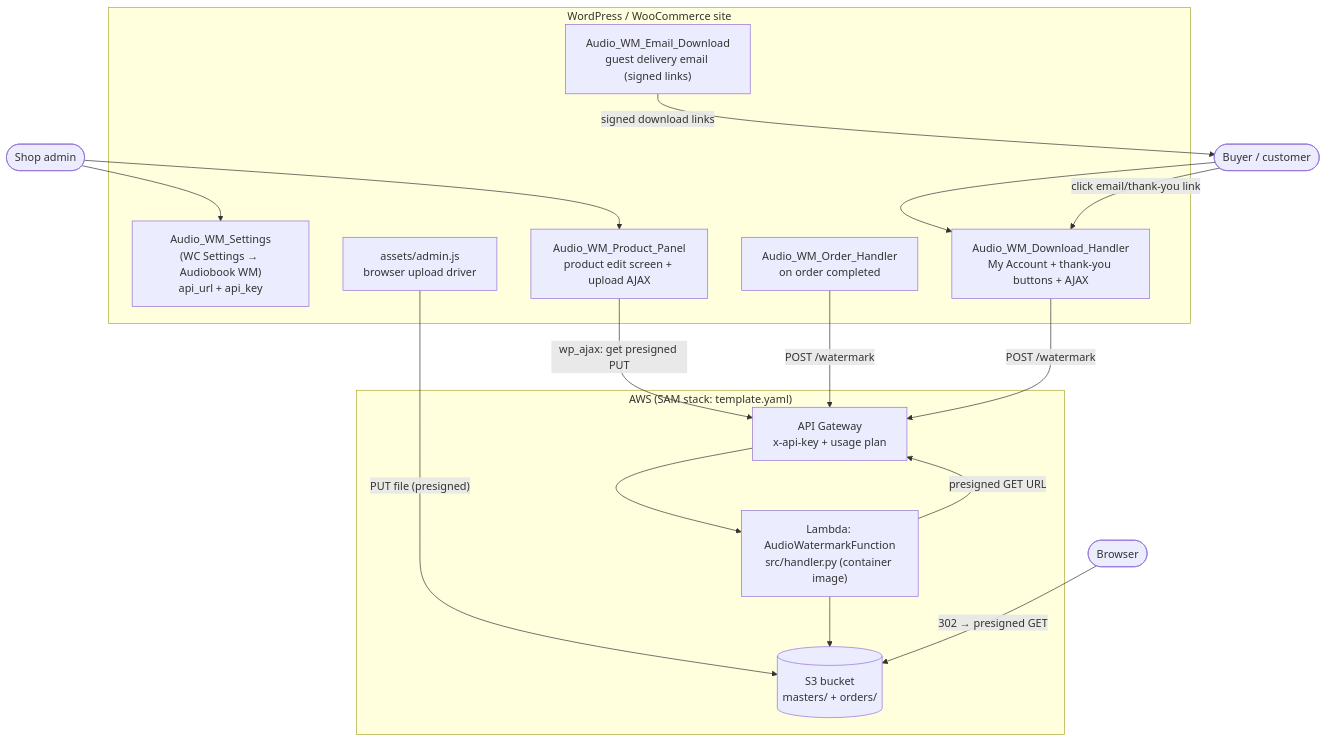
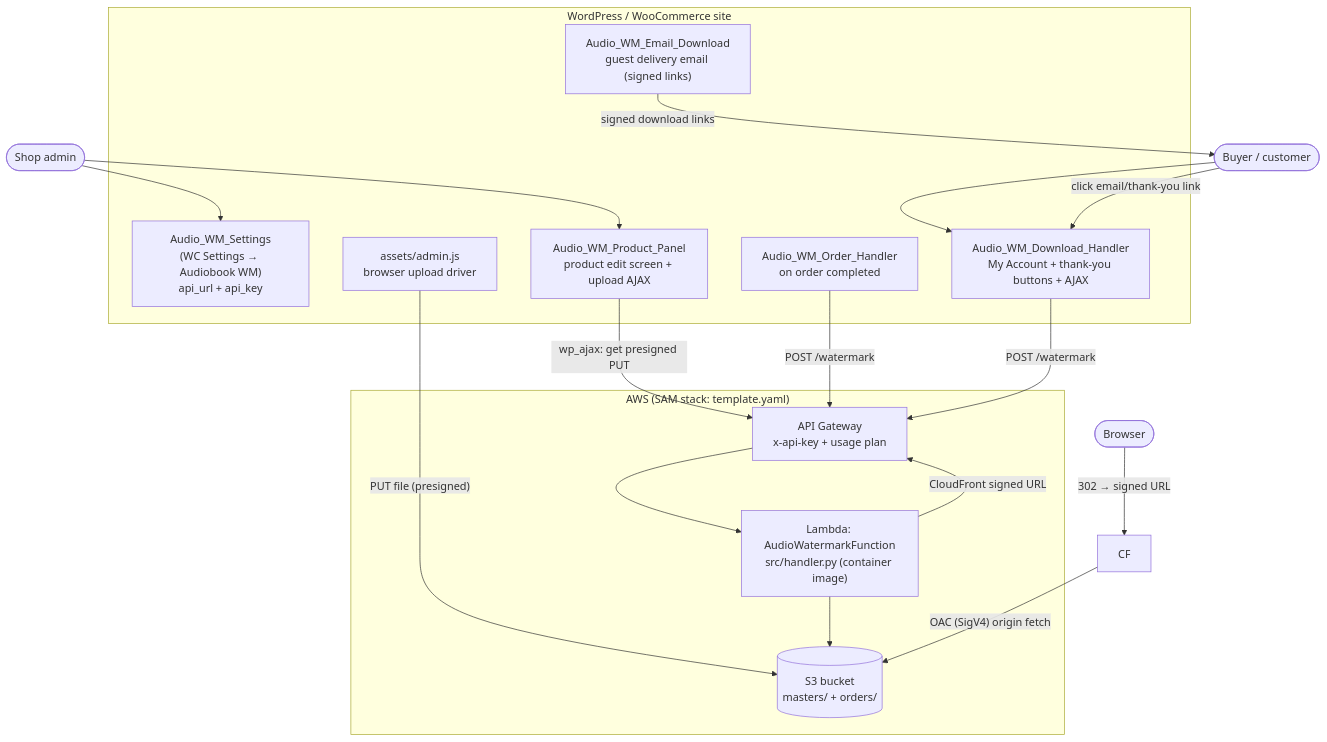
The diagram in docs/ARCHITECTURE.md (l-k-sfr-jt/audio-watermark), drawn with Mermaid before and after one commit. The commit also changed other lines of this file and 3 other files, not shown here.

First line of the commit message:
Docs: describe CloudFront signed-URL delivery and embed_mp3 stream-copy

````diff
--- a/docs/ARCHITECTURE.md
+++ b/docs/ARCHITECTURE.md
@@ -16,35 +16,36 @@
 ```mermaid
 flowchart TB
     subgraph WP["WordPress / WooCommerce site"]
         SET["Audio_WM_Settings\n(WC Settings → Audiobook WM)\napi_url + api_key"]
         PP["Audio_WM_Product_Panel\nproduct edit screen + upload AJAX"]
         OH["Audio_WM_Order_Handler\non order completed"]
         DH["Audio_WM_Download_Handler\nMy Account + thank-you buttons + AJAX"]
         EM["Audio_WM_Email_Download\nguest delivery email (signed links)"]
         JS["assets/admin.js\nbrowser upload driver"]
     end
 
     subgraph AWS["AWS (SAM stack: template.yaml)"]
         APIGW["API Gateway\nx-api-key + usage plan"]
         L["Lambda: AudioWatermarkFunction\nsrc/handler.py (container image)"]
         S3[("S3 bucket\nmasters/  +  orders/")]
     end
 
     ADMIN(["Shop admin"])
     BUYER(["Buyer / customer"])
     BROWSER(["Browser"])
 
     ADMIN --> SET
     ADMIN --> PP
     PP -->|"wp_ajax: get presigned PUT"| APIGW
     JS -->|"PUT file (presigned)"| S3
     BUYER --> DH
     EM -->|"signed download links"| BUYER
     BUYER -->|"click email/thank-you link"| DH
     OH -->|"POST /watermark"| APIGW
     DH -->|"POST /watermark"| APIGW
     APIGW --> L
     L --> S3
-    L -->|"presigned GET URL"| APIGW
-    BROWSER -->|"302 → presigned GET"| S3
+    L -->|"CloudFront signed URL"| APIGW
+    BROWSER -->|"302 → signed URL"| CF
+    CF -->|"OAC (SigV4) origin fetch"| S3
 ```
````
